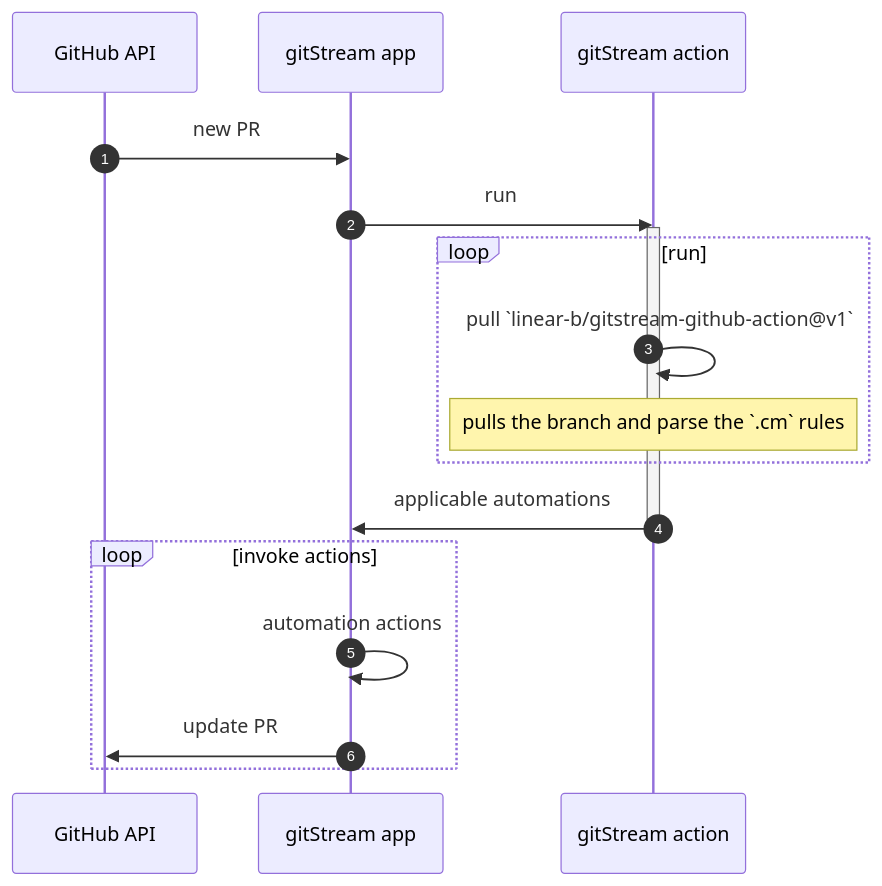
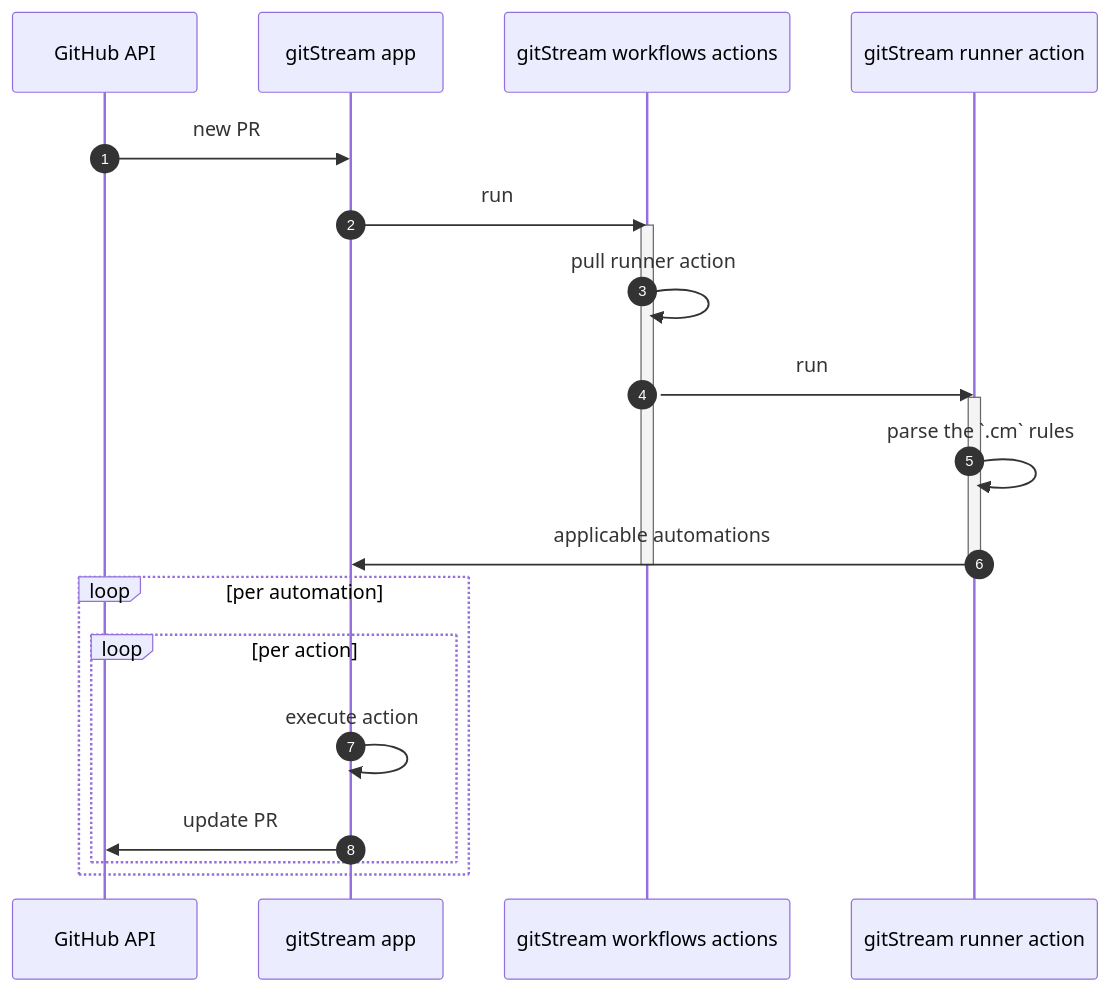
The second of 3 diagrams in docs/19_how-it-works.md.md (lkilpatrick/gitstream-mkdocs), drawn with Mermaid before and after one commit. The commit also changed other lines of this file, not shown here.

Commit message:
flow diagram

````diff
--- a/docs/19_how-it-works.md.md
+++ b/docs/19_how-it-works.md.md
@@ -48,17 +47,20 @@
 ``` mermaid
 sequenceDiagram
   autonumber
   GitHub API->>gitStream app: new PR
-  gitStream app->>gitStream action: run 
-  activate gitStream action
-  loop run
-    gitStream action->>gitStream action: pull `linear-b/gitstream-github-action@v1`
-    Note over gitStream action: pulls the branch and parse the `.cm` rules
-  end
-  gitStream action->>gitStream app: applicable automations
-  deactivate gitStream action
-  loop invoke actions
-    gitStream app->>gitStream app: automation actions
-    gitStream app->>GitHub API: update PR
-  end
+  gitStream app->>gitStream workflows actions: run 
+  activate gitStream workflows actions
+  gitStream workflows actions->>gitStream workflows actions: pull runner action
+  gitStream workflows actions->>gitStream runner action: run
+  activate gitStream runner action
+  gitStream runner action->>gitStream runner action: parse the `.cm` rules
+  gitStream runner action->>gitStream app: applicable automations
+  deactivate gitStream runner action
+  deactivate gitStream workflows actions
+  loop per automation
+    loop per action
+      gitStream app->>gitStream app: execute action
+      gitStream app->>GitHub API: update PR
+    end
+   end
 ```
````
